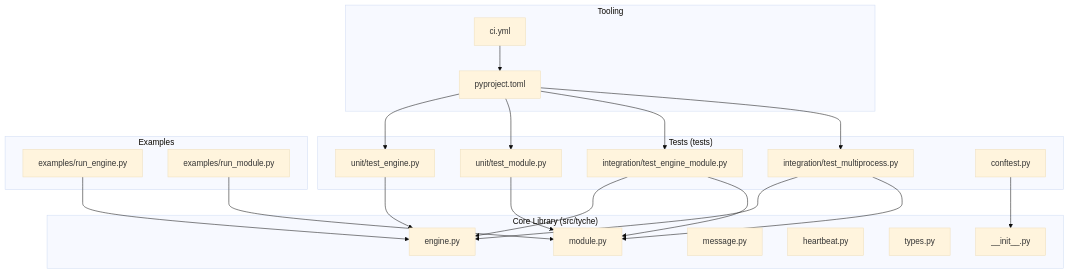
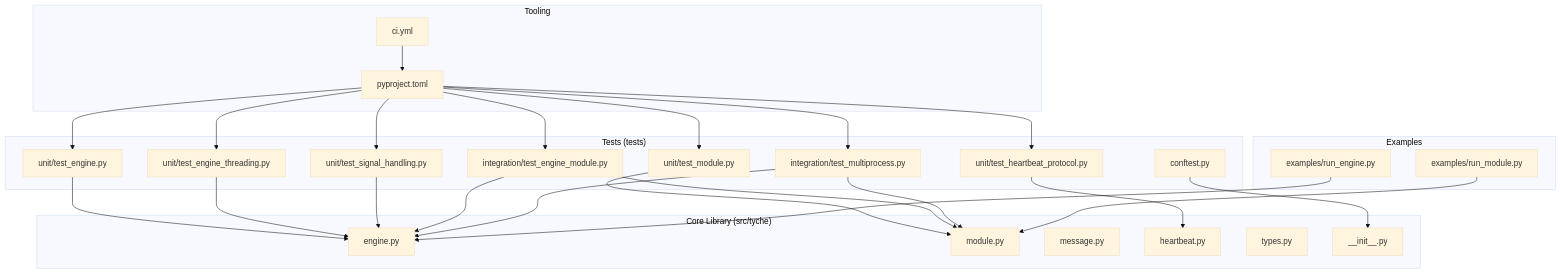
The first of 4 diagrams in .qoder/repowiki/en/content/Testing and Development.md (zt281/TycheEngine), drawn with Mermaid (base theme) before and after one commit. The commit also changed other lines of this file and 5 other files, not shown here.

````diff
--- a/.qoder/repowiki/en/content/Testing and Development.md
+++ b/.qoder/repowiki/en/content/Testing and Development.md
@@ -45,40 +64,49 @@
 ```mermaid
 graph TB
 subgraph "Core Library (src/tyche)"
 A["engine.py"]
 B["module.py"]
 C["message.py"]
 D["heartbeat.py"]
 E["types.py"]
 F["__init__.py"]
 end
 subgraph "Tests (tests)"
 U1["unit/test_engine.py"]
 U2["unit/test_module.py"]
+U3["unit/test_engine_threading.py"]
+U4["unit/test_signal_handling.py"]
+U5["unit/test_heartbeat_protocol.py"]
 I1["integration/test_engine_module.py"]
 I2["integration/test_multiprocess.py"]
 CF["conftest.py"]
 end
 subgraph "Examples"
 X1["examples/run_engine.py"]
 X2["examples/run_module.py"]
 end
 subgraph "Tooling"
 P["pyproject.toml"]
 W["ci.yml"]
 end
 U1 --> A
 U2 --> B
+U3 --> A
+U4 --> A
+U5 --> D
 I1 --> A
 I1 --> B
 I2 --> A
 I2 --> B
 CF --> F
 X1 --> A
 X2 --> B
 P --> U1
 P --> U2
+P --> U3
+P --> U4
+P --> U5
 P --> I1
 P --> I2
 W --> P
 ```
````
